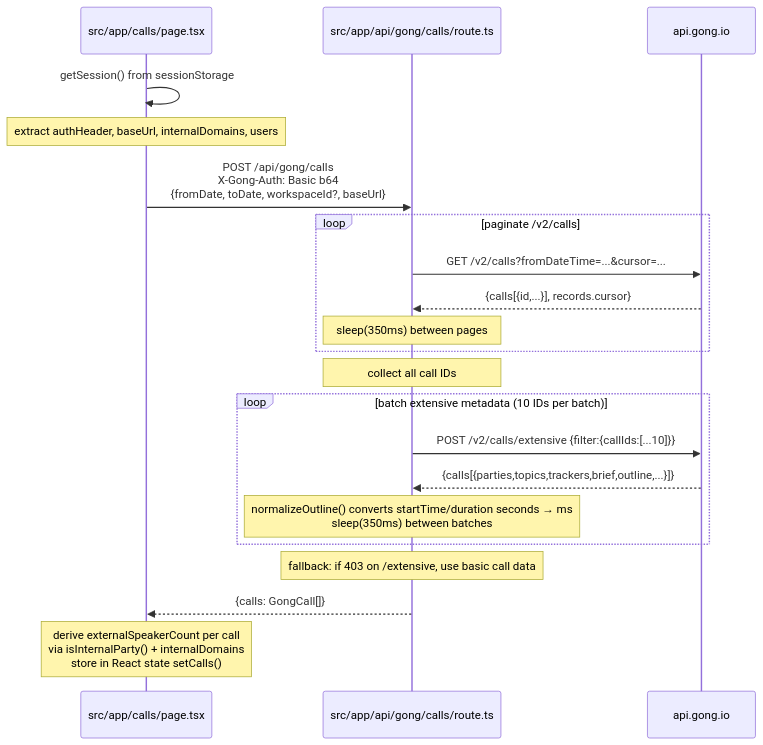
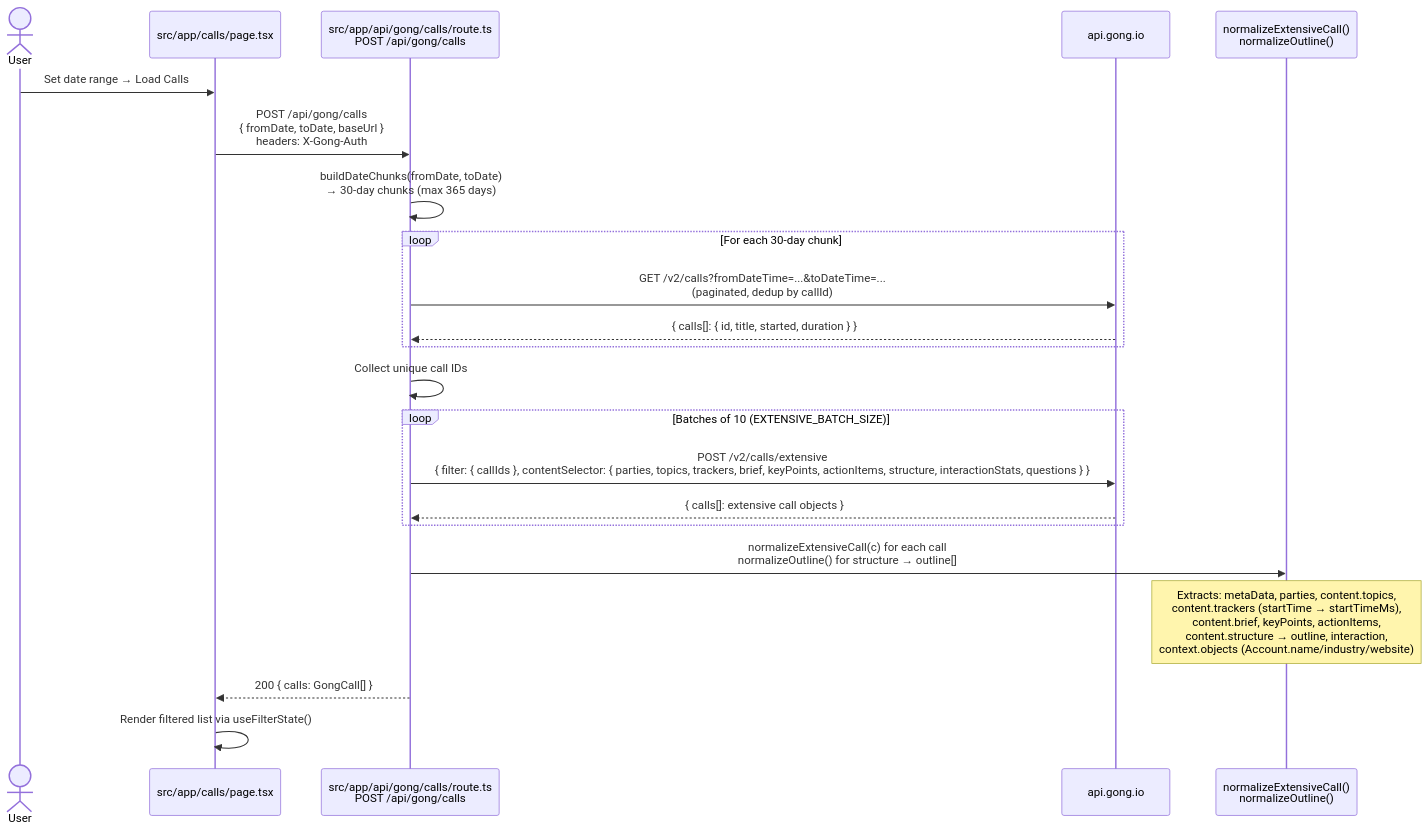
The third of 5 diagrams in docs/generated/data-flows.md (forrestmill-cmd/gongwizard), drawn with Mermaid before and after one commit. The commit also changed other lines of this file and 9 other files, not shown here.

````diff
--- a/docs/generated/data-flows.md
+++ b/docs/generated/data-flows.md
@@ -116,30 +106,32 @@
 ```mermaid
 sequenceDiagram
+    actor User
     participant CallsPage as src/app/calls/page.tsx
-    participant CallsAPI as src/app/api/gong/calls/route.ts
+    participant CallsAPI as src/app/api/gong/calls/route.ts<br/>POST /api/gong/calls
     participant GongAPI as api.gong.io
+    participant Normalizer as normalizeExtensiveCall()<br/>normalizeOutline()
 
-    CallsPage->>CallsPage: getSession() from sessionStorage
-    Note over CallsPage: extract authHeader, baseUrl, internalDomains, users
+    User->>CallsPage: Set date range → Load Calls
+    CallsPage->>CallsAPI: POST /api/gong/calls<br/>{ fromDate, toDate, baseUrl }<br/>headers: X-Gong-Auth
 
-    CallsPage->>CallsAPI: POST /api/gong/calls<br/>X-Gong-Auth: Basic b64<br/>{fromDate, toDate, workspaceId?, baseUrl}
+    CallsAPI->>CallsAPI: buildDateChunks(fromDate, toDate)<br/>→ 30-day chunks (max 365 days)
 
-    loop paginate /v2/calls
-        CallsAPI->>GongAPI: GET /v2/calls?fromDateTime=...&cursor=...
-        GongAPI-->>CallsAPI: {calls[{id,...}], records.cursor}
-        Note over CallsAPI: sleep(350ms) between pages
+    loop For each 30-day chunk
+        CallsAPI->>GongAPI: GET /v2/calls?fromDateTime=...&toDateTime=...<br/>(paginated, dedup by callId)
+        GongAPI-->>CallsAPI: { calls[]: { id, title, started, duration } }
     end
 
-    Note over CallsAPI: collect all call IDs
+    CallsAPI->>CallsAPI: Collect unique call IDs
 
-    loop batch extensive metadata (10 IDs per batch)
-        CallsAPI->>GongAPI: POST /v2/calls/extensive {filter:{callIds:[...10]}}
-        GongAPI-->>CallsAPI: {calls[{parties,topics,trackers,brief,outline,...}]}
-        Note over CallsAPI: normalizeOutline() converts startTime/duration seconds → ms<br/>sleep(350ms) between batches
+    loop Batches of 10 (EXTENSIVE_BATCH_SIZE)
+        CallsAPI->>GongAPI: POST /v2/calls/extensive<br/>{ filter: { callIds }, contentSelector: { parties, topics, trackers, brief, keyPoints, actionItems, structure, interactionStats, questions } }
+        GongAPI-->>CallsAPI: { calls[]: extensive call objects }
     end
 
-    Note over CallsAPI: fallback: if 403 on /extensive, use basic call data
-    CallsAPI-->>CallsPage: {calls: GongCall[]}
+    CallsAPI->>Normalizer: normalizeExtensiveCall(c) for each call<br/>normalizeOutline() for structure → outline[]
 
-    Note over CallsPage: derive externalSpeakerCount per call<br/>via isInternalParty() + internalDomains<br/>store in React state setCalls()
+    Note over Normalizer: Extracts: metaData, parties, content.topics,<br/>content.trackers (startTime → startTimeMs),<br/>content.brief, keyPoints, actionItems,<br/>content.structure → outline, interaction,<br/>context.objects (Account.name/industry/website)
+
+    CallsAPI-->>CallsPage: 200 { calls: GongCall[] }
+    CallsPage->>CallsPage: Render filtered list via useFilterState()
 ```
````
